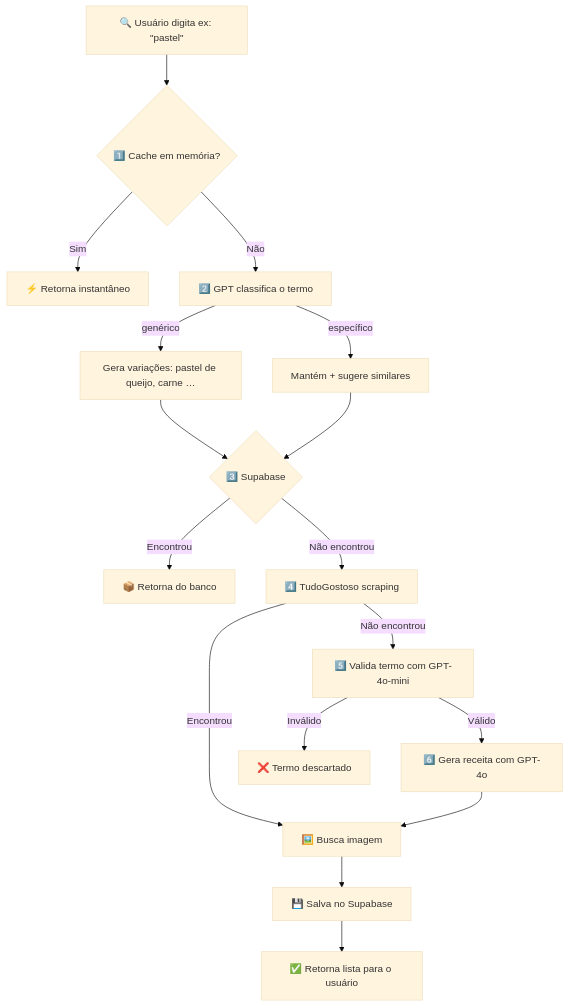
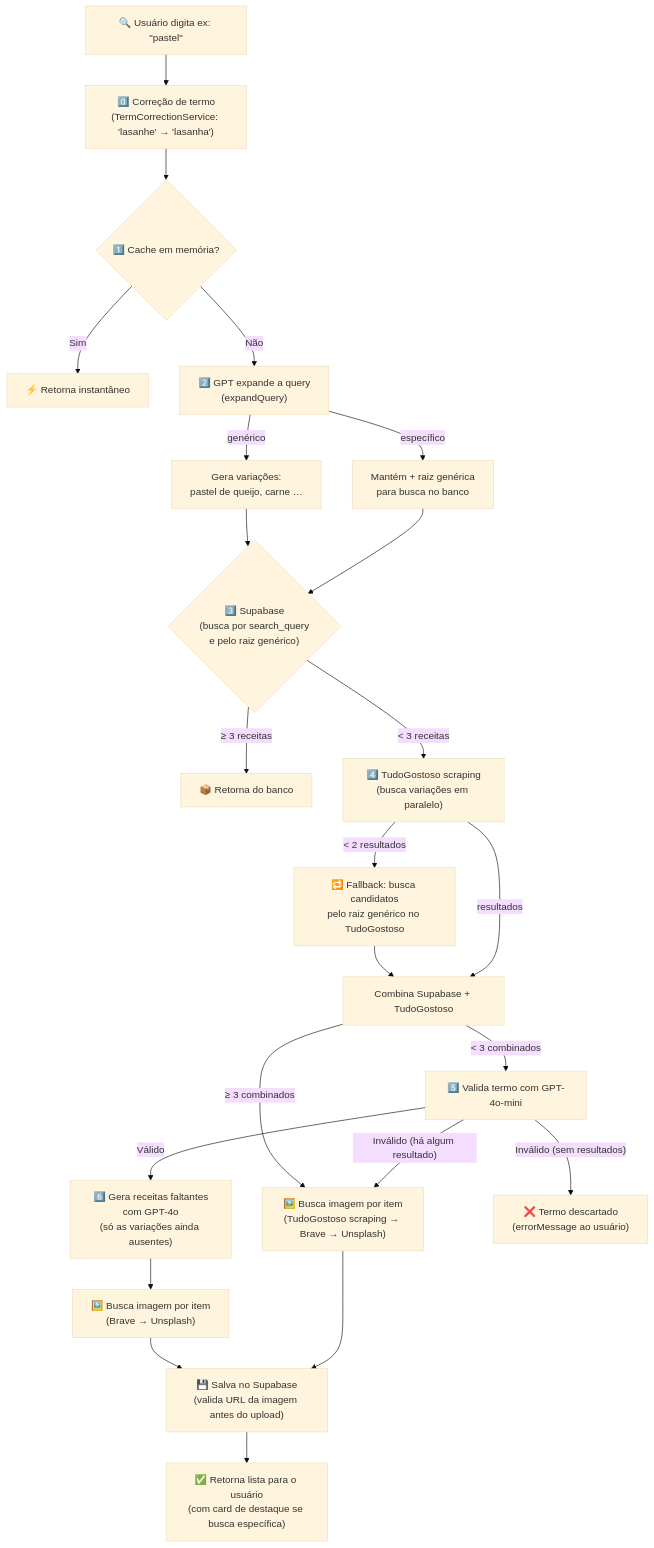
Before and after one commit to Boddenberg/comidinhas: the diagram in README.md, drawn with Mermaid (base theme). The commit also changed other lines of this file and 2 other files, not shown here.

Commit message:
reduzir espaço entre ingredientes e modo de preparo na tela de detalhes

````diff
--- a/README.md
+++ b/README.md
@@ -93,19 +93,25 @@
 ```mermaid
 flowchart TD
-    A["🔍 Usuário digita ex: &quot;pastel&quot;"] --> B{"1️⃣ Cache em memória?"}
+    A["🔍 Usuário digita ex: &quot;pastel&quot;"] --> A1["0️⃣ Correção de termo\n(TermCorrectionService: 'lasanhe' → 'lasanha')"]
+    A1 --> B{"1️⃣ Cache em memória?"}
     B -- Sim --> Z["⚡ Retorna instantâneo"]
-    B -- Não --> C["2️⃣ GPT classifica o termo"]
-    C --> |"genérico"| C1["Gera variações: pastel de queijo, carne …"]
-    C --> |"específico"| C2["Mantém + sugere similares"]
-    C1 --> D{"3️⃣ Supabase"}
+    B -- Não --> C["2️⃣ GPT expande a query\n(expandQuery)"]
+    C --> |"genérico"| C1["Gera variações:\npastel de queijo, carne …"]
+    C --> |"específico"| C2["Mantém + raiz genérica\npara busca no banco"]
+    C1 --> D{"3️⃣ Supabase\n(busca por search_query\ne pelo raiz genérico)"}
     C2 --> D
-    D -- Encontrou --> Z2["📦 Retorna do banco"]
-    D -- Não encontrou --> E["4️⃣ TudoGostoso scraping"]
-    E -- Encontrou --> F["🖼️ Busca imagem"]
-    E -- Não encontrou --> G["5️⃣ Valida termo com GPT-4o-mini"]
-    G -- Válido --> H["6️⃣ Gera receita com GPT-4o"]
-    G -- Inválido --> X["❌ Termo descartado"]
-    H --> F
-    F --> I["💾 Salva no Supabase"]
-    I --> J["✅ Retorna lista para o usuário"]
+    D -- "≥ 3 receitas" --> Z2["📦 Retorna do banco"]
+    D -- "< 3 receitas" --> E["4️⃣ TudoGostoso scraping\n(busca variações em paralelo)"]
+    E -- "< 2 resultados" --> E2["🔁 Fallback: busca candidatos\npelo raiz genérico no TudoGostoso"]
+    E2 --> EC["Combina Supabase + TudoGostoso"]
+    E -- "resultados" --> EC
+    EC -- "≥ 3 combinados" --> F["🖼️ Busca imagem por item\n(TudoGostoso scraping → Brave → Unsplash)"]
+    EC -- "< 3 combinados" --> G["5️⃣ Valida termo com GPT-4o-mini"]
+    G -- Válido --> H["6️⃣ Gera receitas faltantes\ncom GPT-4o\n(só as variações ainda ausentes)"]
+    G -- "Inválido (sem resultados)" --> X["❌ Termo descartado\n(errorMessage ao usuário)"]
+    G -- "Inválido (há algum resultado)" --> F
+    H --> HF["🖼️ Busca imagem por item\n(Brave → Unsplash)"]
+    HF --> I["💾 Salva no Supabase\n(valida URL da imagem antes do upload)"]
+    F --> I
+    I --> J["✅ Retorna lista para o usuário\n(com card de destaque se busca específica)"]
 ```
````
